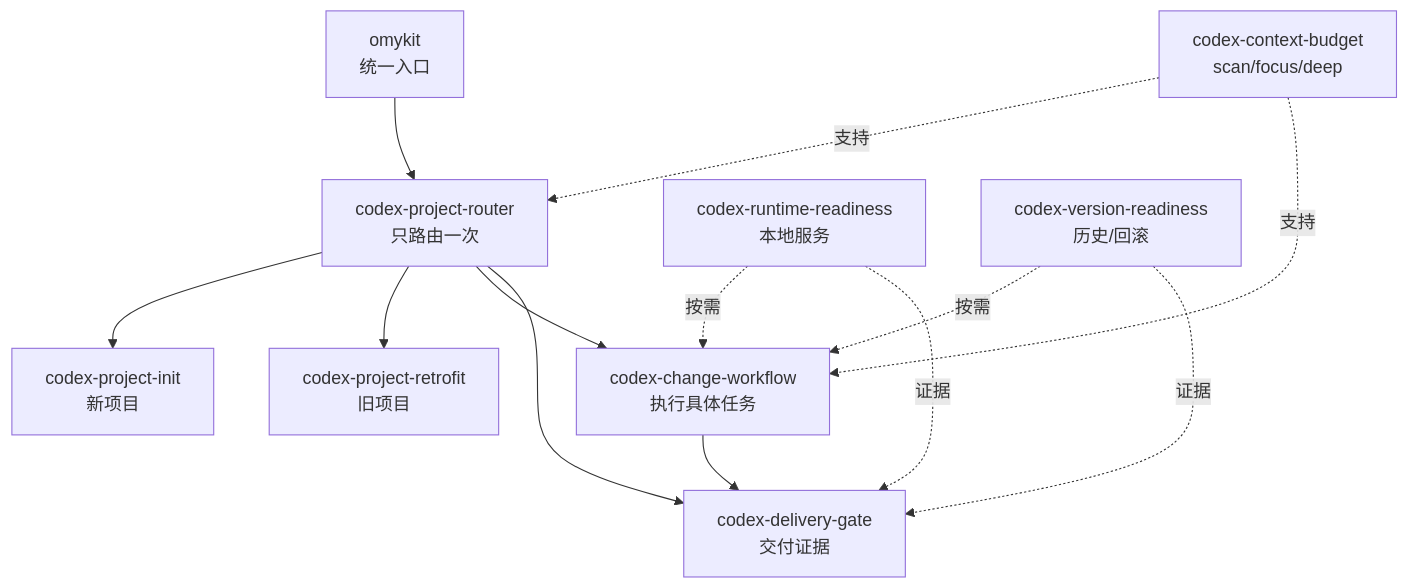
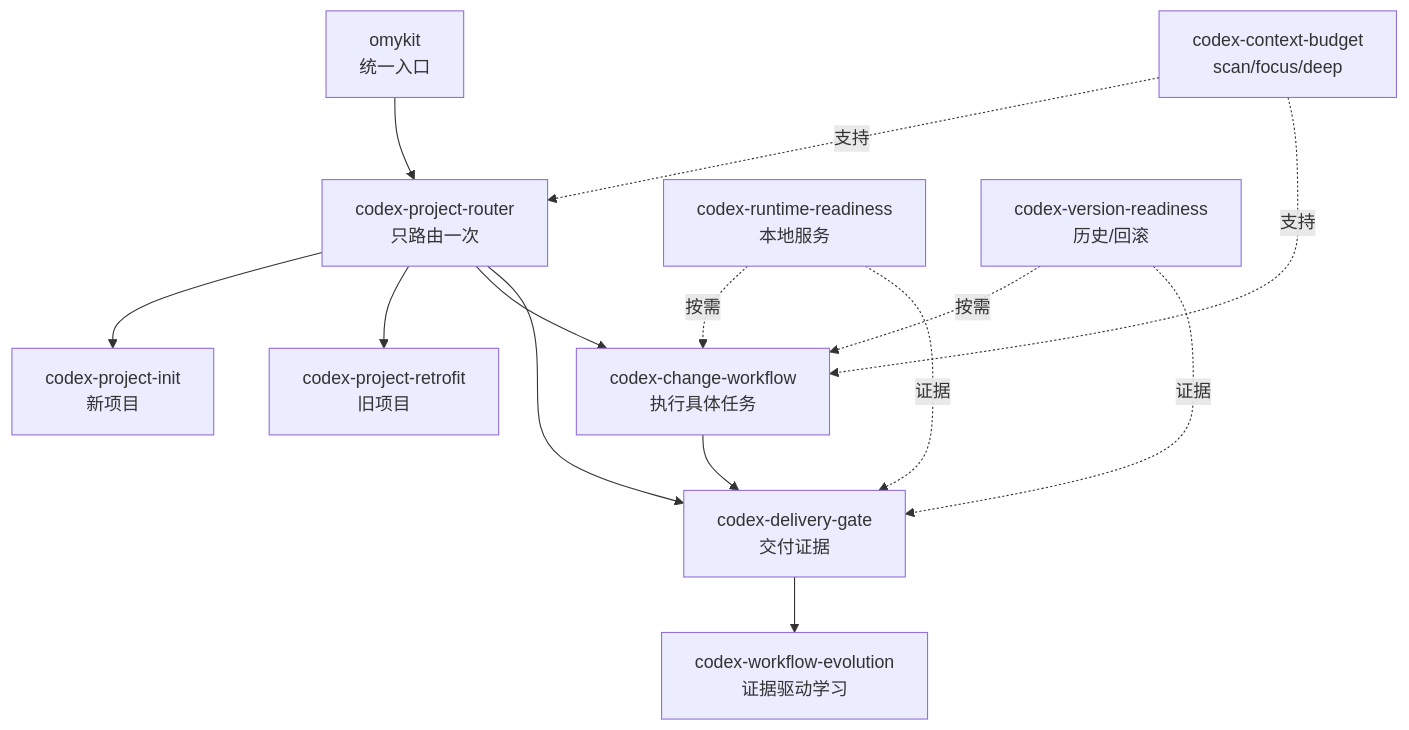
Before and after one commit to GnosiST/omyKit: the diagram in docs/workflow/skill-coordination.zh-CN.md, drawn with Mermaid. The commit also changed other lines of this file and 27 other files, not shown here.

Commit message:
Add evidence-based workflow evolution

````diff
--- a/docs/workflow/skill-coordination.zh-CN.md
+++ b/docs/workflow/skill-coordination.zh-CN.md
@@ -17,15 +17,16 @@
 ```mermaid
 flowchart TD
     O["omykit<br/>统一入口"] --> R["codex-project-router<br/>只路由一次"]
     R --> I["codex-project-init<br/>新项目"]
     R --> F["codex-project-retrofit<br/>旧项目"]
     R --> C["codex-change-workflow<br/>执行具体任务"]
     R --> D["codex-delivery-gate<br/>交付证据"]
     B["codex-context-budget<br/>scan/focus/deep"] -. 支持 .-> R
     B -. 支持 .-> C
     U["codex-runtime-readiness<br/>本地服务"] -. 按需 .-> C
     V["codex-version-readiness<br/>历史/回滚"] -. 按需 .-> C
     U -. 证据 .-> D
     V -. 证据 .-> D
     C --> D
+    D --> E["codex-workflow-evolution<br/>证据驱动学习"]
 ```
````
